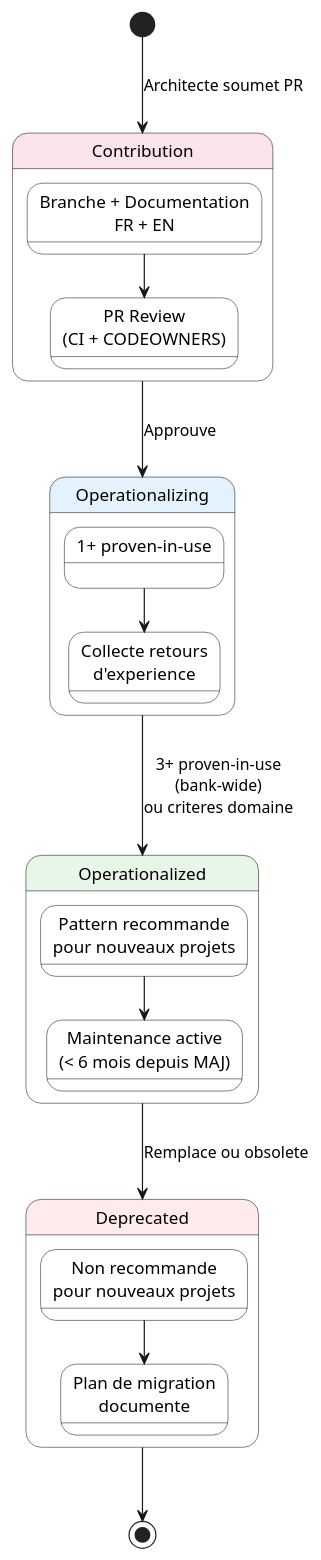
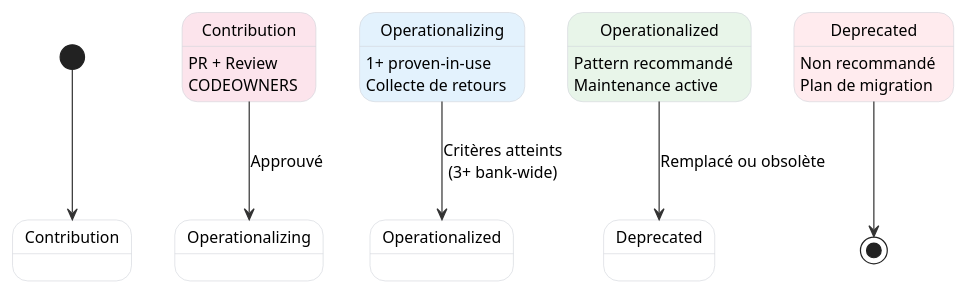
The sixth of 7 diagrams in content/pras/fr/overview.adoc (KiyaliHQ/proven-reusable-architecture), drawn with PlantUML before and after one commit. The commit also changed other lines of this file and 1 other file, not shown here.

First line of the commit message:
fix: improve PlantUML diagrams for stakeholder presentation

```diff
--- a/content/pras/fr/overview.adoc
+++ b/content/pras/fr/overview.adoc
@@ -268,45 +234,32 @@
 [plantuml]
 ----
 @startuml
 skinparam backgroundColor transparent
+skinparam defaultFontName "Segoe UI"
+skinparam defaultFontSize 13
+skinparam shadowing false
+skinparam ArrowColor #333333
 skinparam state {
-  RoundCorner 15
-  BackgroundColor #fff
-  BorderColor #333
+  BackgroundColor #ffffff
+  BorderColor #d1d5db
 }
 
-[*] --> Contribution : Architecte soumet PR
+[*] --> Contribution
 
-state Contribution #fce4ec {
-  state "Branche + Documentation\nFR + EN" as contrib
-  state "PR Review\n(CI + CODEOWNERS)" as review
-  contrib --> review
-}
+state "Contribution" as contrib #fce4ec : PR + Review\nCODEOWNERS
 
-Contribution --> Operationalizing : Approuve
+contrib --> Operationalizing : Approuvé
 
-state Operationalizing #e3f2fd {
-  state "1+ proven-in-use" as op1
-  state "Collecte retours\nd'experience" as feedback
-  op1 --> feedback
-}
+state "Operationalizing" as op #e3f2fd : 1+ proven-in-use\nCollecte de retours
 
-Operationalizing --> Operationalized : 3+ proven-in-use\n(bank-wide)\nou criteres domaine
+op --> Operationalized : Critères atteints\n(3+ bank-wide)
 
-state Operationalized #e8f5e9 {
-  state "Pattern recommande\npour nouveaux projets" as recommended
-  state "Maintenance active\n(< 6 mois depuis MAJ)" as maintained
-  recommended --> maintained
-}
+state "Operationalized" as done #e8f5e9 : Pattern recommandé\nMaintenance active
 
-Operationalized --> Deprecated : Remplace ou obsolete
+done --> Deprecated : Remplacé ou obsolète
 
-state Deprecated #ffebee {
-  state "Non recommande\npour nouveaux projets" as not_rec
-  state "Plan de migration\ndocumente" as migration
-  not_rec --> migration
-}
+state "Deprecated" as dep #ffebee : Non recommandé\nPlan de migration
 
-Deprecated --> [*]
+dep --> [*]
 @enduml
 ----
```
